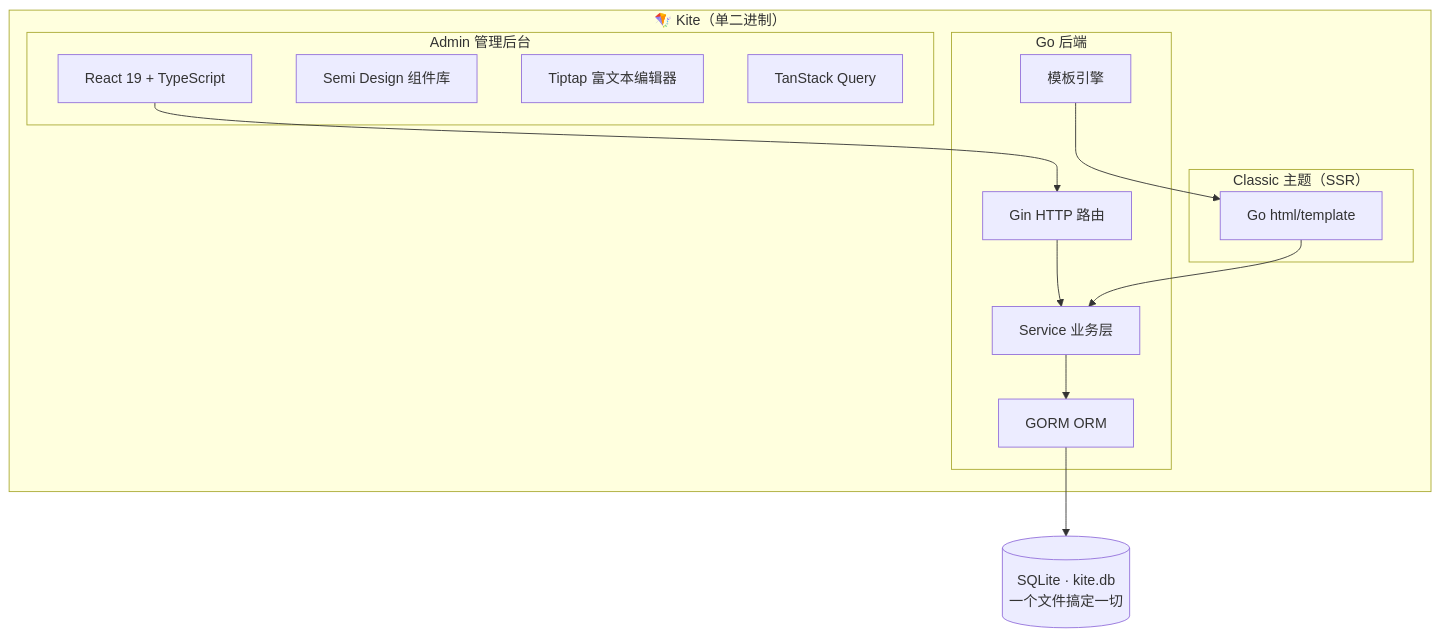
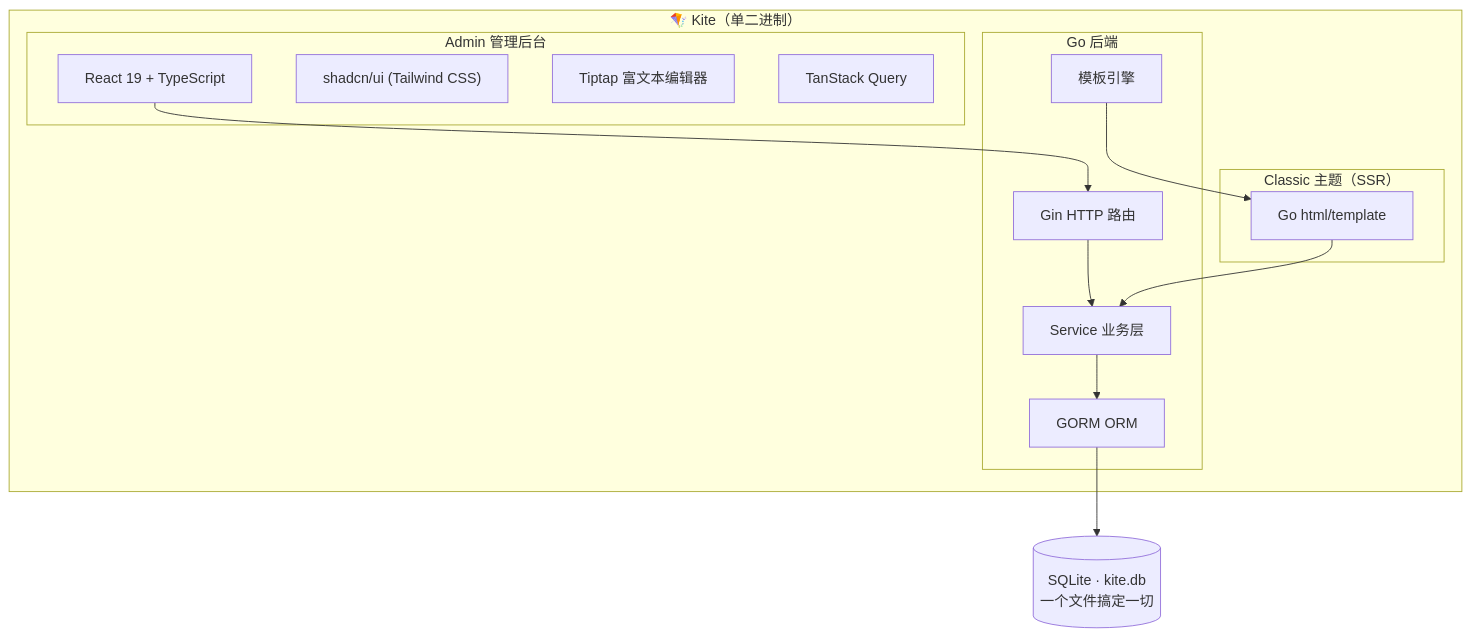
Before and after one commit to kite-plus/kite: the diagram in README.zh-CN.md, drawn with Mermaid. The commit also changed other lines of this file and 1 other file, not shown here.

Commit message:
docs: update UI library references to shadcn/ui
This commit updates the project documentation to reflect the recent migration of the admin dashboard's UI framework.

- Replaced 'Semi Design' with 'shadcn/ui (Tailwind CSS)' in the architecture diagrams for both English and Chinese README files.
- Updated the Tech Stack tables to correctly list 'shadcn/ui + Tailwind CSS' as the primary UI library.

These changes ensure the project documentation accurately represents the current technology stack.

````diff
--- a/README.zh-CN.md
+++ b/README.zh-CN.md
@@ -38,31 +38,31 @@
 ```mermaid
 graph TB
     subgraph Binary["🪁 Kite（单二进制）"]
         subgraph Frontend["Admin 管理后台"]
             React["React 19 + TypeScript"]
-            Semi["Semi Design 组件库"]
+            shadcn["shadcn/ui (Tailwind CSS)"]
             Tiptap["Tiptap 富文本编辑器"]
             TanStack["TanStack Query"]
         end
 
         subgraph Backend["Go 后端"]
             Gin["Gin HTTP 路由"]
             Service["Service 业务层"]
             GORM["GORM ORM"]
             Template["模板引擎"]
         end
 
         subgraph Theme["Classic 主题（SSR）"]
             GoTmpl["Go html/template"]
         end
     end
 
     SQLite[("SQLite · kite.db\n一个文件搞定一切")]
 
     React --> Gin
     Gin --> Service
     Service --> GORM
     GORM --> SQLite
     GoTmpl --> Service
     Template --> GoTmpl
 ```
````
